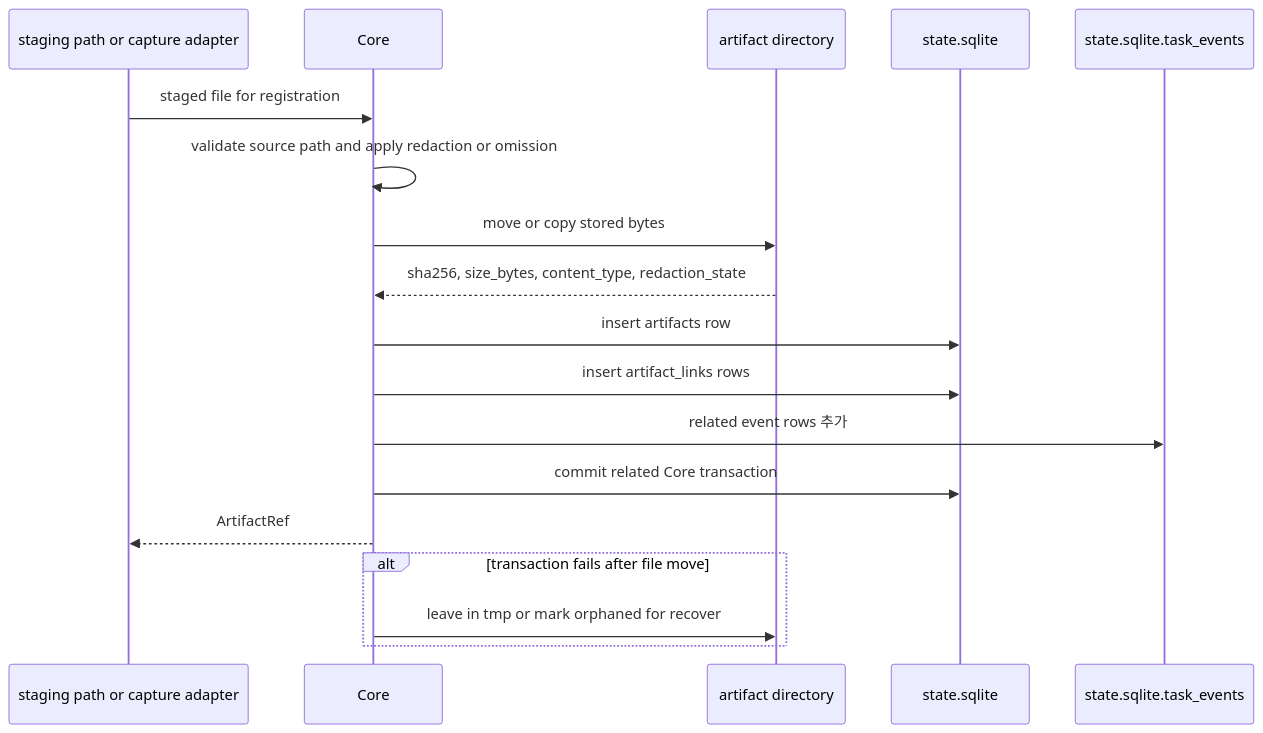
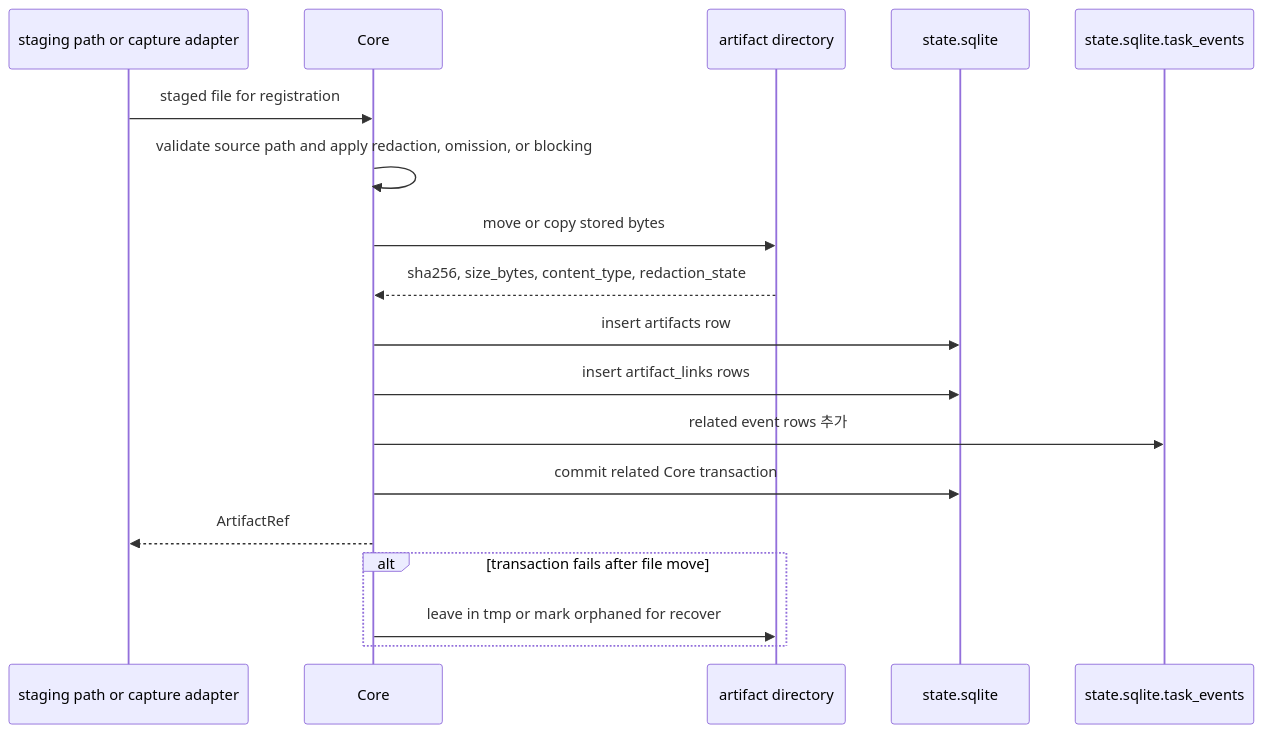
Before and after one commit to minjungw00/Volicord: the fifth of 10 diagrams in docs/ko/reference/storage-and-ddl.md, drawn with Mermaid. The commit also changed other lines of this file and 9 other files, not shown here.

````diff
--- a/docs/ko/reference/storage-and-ddl.md
+++ b/docs/ko/reference/storage-and-ddl.md
@@ -1064,21 +1066,21 @@
 ```mermaid
 sequenceDiagram
   participant Capture as staging path or capture adapter
   participant Core as Core
   participant Store as artifact directory
   participant State as state.sqlite
   participant Events as state.sqlite.task_events
 
   Capture->>Core: staged file for registration
-  Core->>Core: validate source path and apply redaction or omission
+  Core->>Core: validate source path and apply redaction, omission, or blocking
   Core->>Store: move or copy stored bytes
   Store-->>Core: sha256, size_bytes, content_type, redaction_state
   Core->>State: insert artifacts row
   Core->>State: insert artifact_links rows
   Core->>Events: related event rows 추가
   Core->>State: commit related Core transaction
   Core-->>Capture: ArtifactRef
   alt transaction fails after file move
     Core->>Store: leave in tmp or mark orphaned for recover
   end
 ```
````
